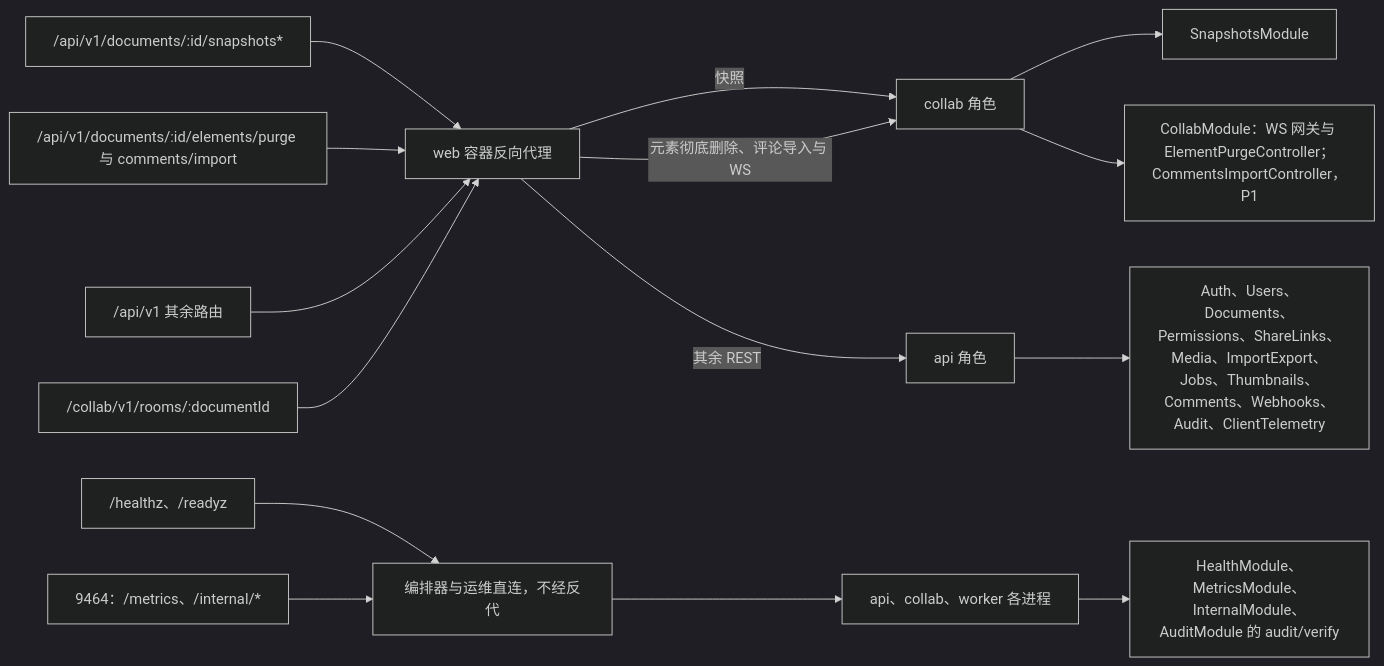
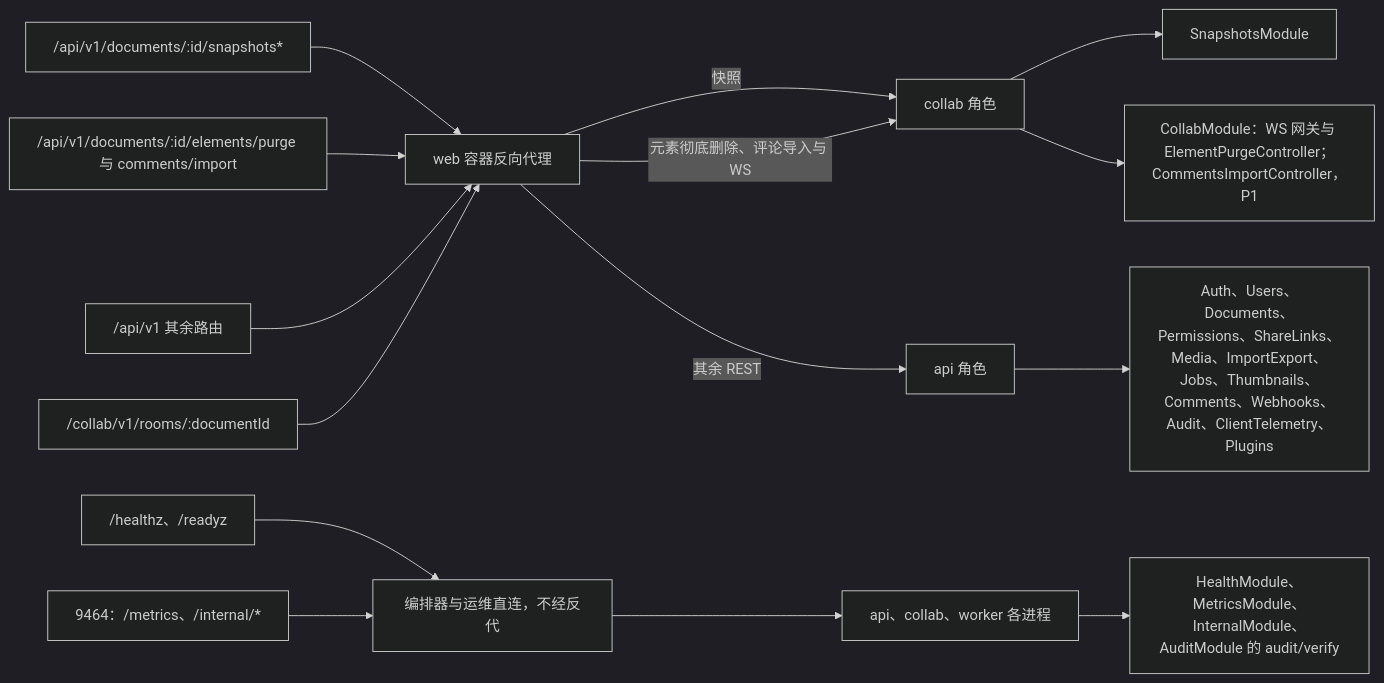
Before and after one commit to Xeonice/cordis-ppt-editor: the third of 3 diagrams in docs/60-backend/15-rest-api-catalog.md, drawn with Mermaid (dark theme). The commit also changed other lines of this file and 19 other files, not shown here.

````diff
--- a/docs/60-backend/15-rest-api-catalog.md
+++ b/docs/60-backend/15-rest-api-catalog.md
@@ -356,27 +371,27 @@
 ```mermaid
 flowchart LR
   pSnap["/api/v1/documents/:id/snapshots*"]
   pElem["/api/v1/documents/:id/elements/purge 与 comments/import"]
   pApi["/api/v1 其余路由"]
   pWs["/collab/v1/rooms/:documentId"]
   pProbe["/healthz、/readyz"]
   pInternal["9464：/metrics、/internal/*"]
   proxy["web 容器反向代理"]
   direct["编排器与运维直连，不经反代"]
   api["api 角色"]
   collab["collab 角色"]
   anyRole["api、collab、worker 各进程"]
-  mApi["Auth、Users、Documents、Permissions、ShareLinks、Media、ImportExport、Jobs、Thumbnails、Comments、Webhooks、Audit、ClientTelemetry"]
+  mApi["Auth、Users、Documents、Permissions、ShareLinks、Media、ImportExport、Jobs、Thumbnails、Comments、Webhooks、Audit、ClientTelemetry、Plugins"]
   mSnap["SnapshotsModule"]
   mCollab["CollabModule：WS 网关与 ElementPurgeController；CommentsImportController，P1"]
   mOps["HealthModule、MetricsModule、InternalModule、AuditModule 的 audit/verify"]
   pSnap & pElem & pApi & pWs --> proxy
   pProbe & pInternal --> direct
   proxy -- "快照" --> collab
   proxy -- "元素彻底删除、评论导入与 WS" --> collab
   proxy -- "其余 REST" --> api
   direct --> anyRole
   api --> mApi
   collab --> mSnap & mCollab
   anyRole --> mOps
 ```
````
